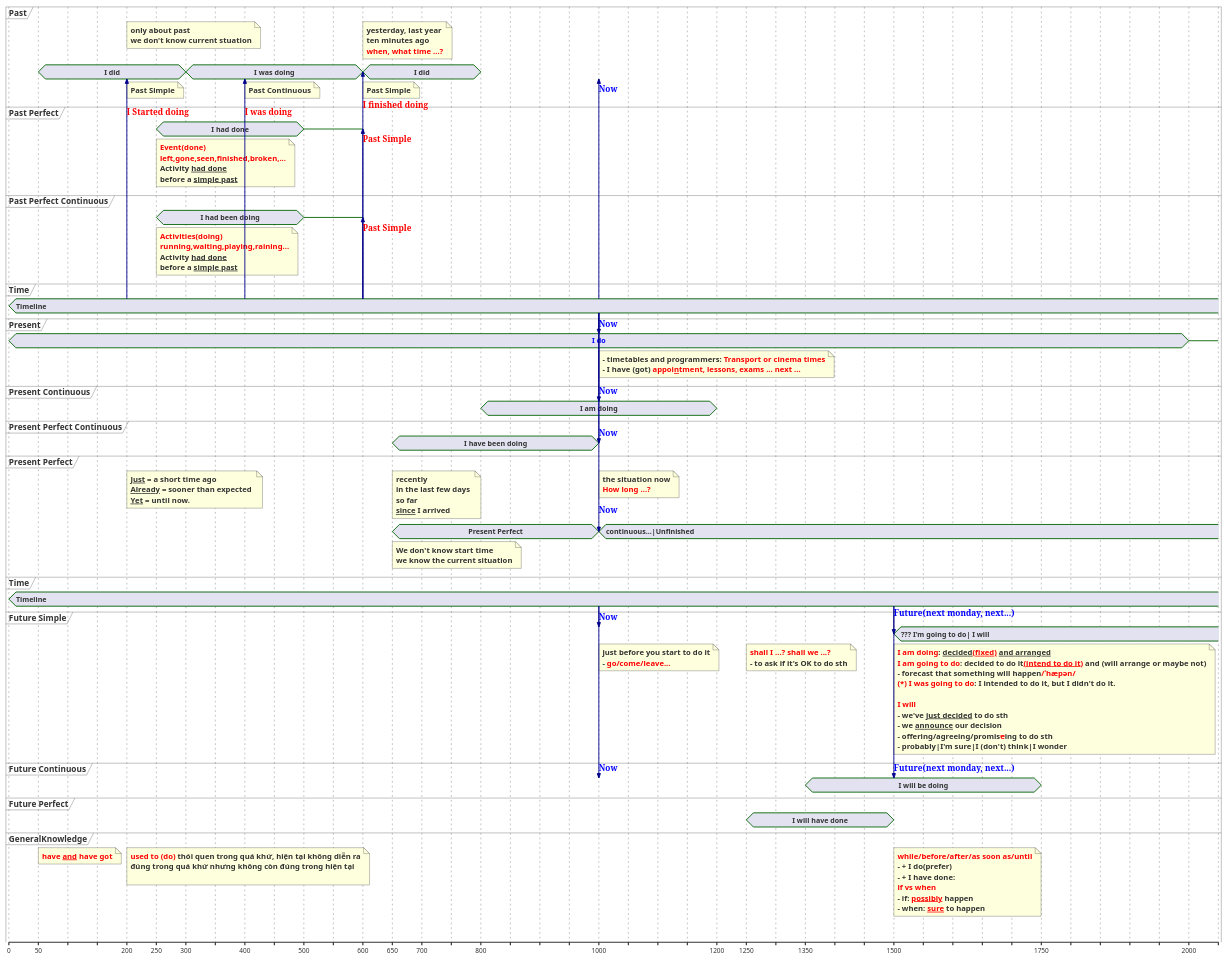
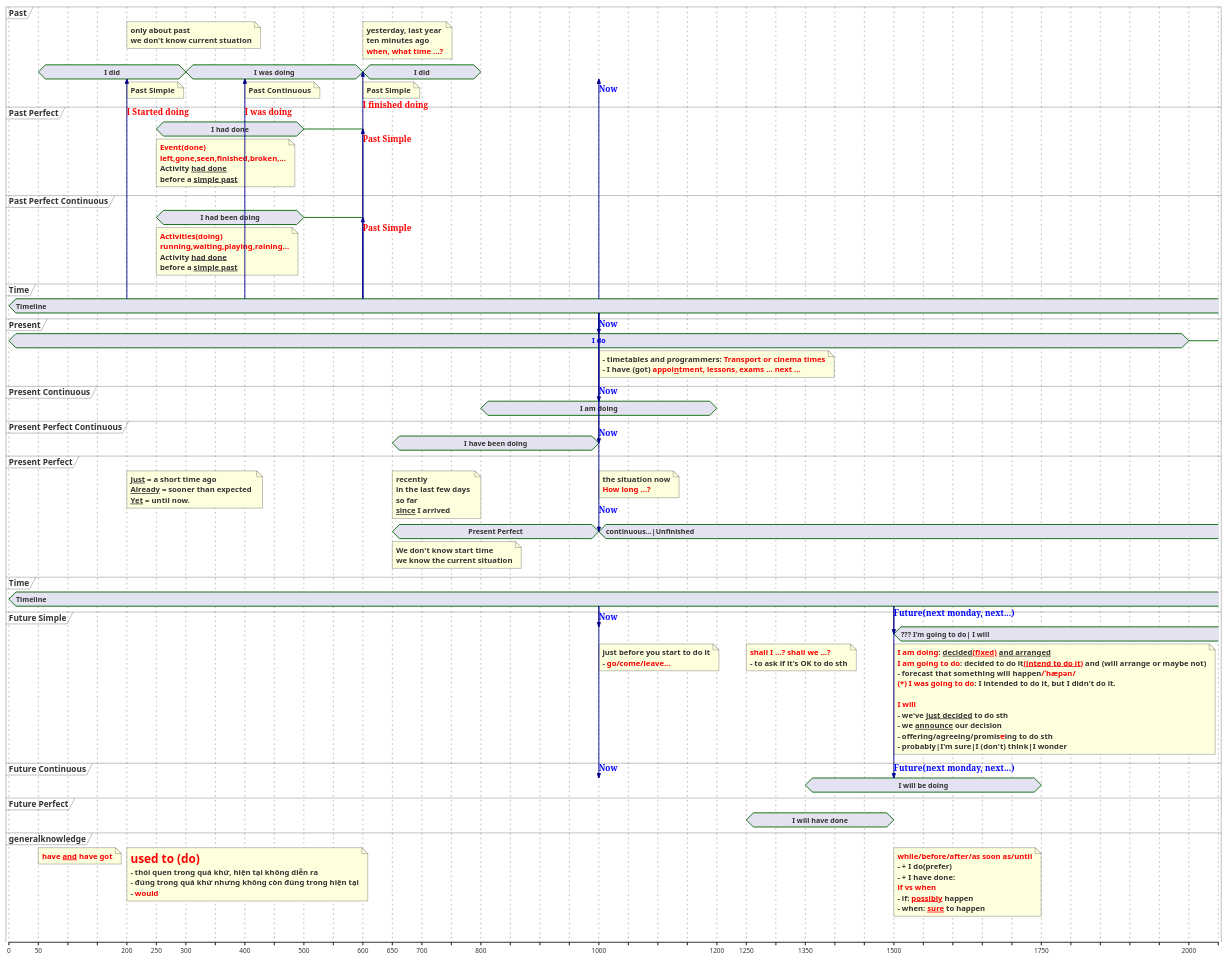
One commit to thanhnv2210/MyPlantuml changed the diagram in src/English/Grammar/Tenses_time_demonstrate.puml. Above: the diagram before and after it, drawn with PlantUML. The commit also changed 9 other files, not shown here.

```diff
--- a/src/English/Grammar/Tenses_time_demonstrate.puml
+++ b/src/English/Grammar/Tenses_time_demonstrate.puml
@@ -1,151 +1,156 @@
 @startuml
 'https://plantuml.com/sequence-diagram
 
 concise "Past" as P
 concise "Past Perfect" as PaP
 concise "Past Perfect Continuous" as PaPC
 concise "Time" as T
 concise "Present" as G
 concise "Present Continuous" as PC
 concise "Present Perfect Continuous" as PPC
 concise "Present Perfect" as PP
 concise "Time" as T2
 concise "Future Simple" as FS
 concise "Future Continuous" as FC
 concise "Future Perfect" as FP
 
-concise "GeneralKnowledge" as GK
+concise "generalknowledge" as GK
 
 
 @0
 T is Timeline
 T2 is Timeline
 G is "<color:blue>I do"
 
 @50
 P is "I did"
 note top of GK: <b><color:red>have __and__ have got</b>
 
 @200
 T -> P:\n\n<b><color:red>I Started doing
 note top of PP:__Just__ = a short time ago \n__Already__ = sooner than expected \n__Yet__ = until now.
 note top of P: only about past\nwe don't know current stuation
 note bottom of P: Past Simple
 
-note top of GK: <b><color:red>used to (do)</b> thói quen trong quá khứ, hiện tại không diễn ra\nđúng trong quá khứ nhưng không còn đúng trong hiện tại\n
+note top of GK
+<b><color:red><size:20>used to (do)
+- thói quen trong quá khứ, hiện tại không diễn ra
+- đúng trong quá khứ nhưng không còn đúng trong hiện tại
+- <b><color:red>would
+end note
 
 
 @250
 PaPC is "I had been doing"
 PaP is "I had done"
 note bottom of PaPC:<b><color:red>Activities(doing)\n<b><color:red>running,waiting,playing,raining...\nActivity __had done__\nbefore a __simple past__
 note bottom of PaP: <b><color:red>Event(done)\n<b><color:red>left,gone,seen,finished,broken,...\nActivity __had done__\nbefore a __simple past__
 
 @300
 'I_Was_Doing
 P is "I was doing"
 
 
 @400
 T -> P:\n\n<b><color:red>I was doing
 note bottom of P: Past Continuous
 
 
 @500
 'P is P_Simple
 PaP is {-}
 PaPC is {-}
 
 
 @600
 T -> P:\n\n<b><color:red>I finished doing
 T -> PaP:<b><color:red>Past Simple
 T -> PaPC:<b><color:red>Past Simple
 P is "I did"
 PaP is {hidden}
 PaPC is {hidden}
 note bottom of P: Past Simple
 note top of P:yesterday, last year\nten minutes ago\n<b><color:red>when, what time ...?
 
 @650
 note top of PP: recently \nin the last few days \nso far \n__since__ I arrived
 PP is "Present Perfect"
 PPC is "I have been doing"
 note bottom of PP: We don't know start time\nwe know the current situation
 
 @700
 
 
 @800
 P is {hidden}
 PC is "I am doing"
 
 
 
 @1000
 T -> P:<b><color:blue>Now
 T -> G:<b><color:blue>Now
 T -> PC:<b><color:blue>Now
 T -> PPC:<b><color:blue>Now
 T -> PP:<b><color:blue>Now\n
 T2 -> FS:<b><color:blue>Now
 T2 -> FC:<b><color:blue>Now
 'G is Present_Continuous
 PPC is {hidden}
 PP is "continuous...|Unfinished "
 note top of PP: the situation now\n<b><color:red>How long ...?
 
 note bottom of G:- timetables and programmers: <b><color:red>Transport or cinema times\n- I have (got) <b><color:red>appoi__n__tment, lessons, exams ... next ...
 
 note bottom of FS
 just before you start to do it
 - <b><color:red>go/come/leave...
 end note
 @1200
 PC is {hidden}
 
 @1250
 FP is "I will have done"
 
 note bottom of FS
 <b><color:red>shall I ...? shall we ...?
 - to ask if it's OK to do sth
 end note
 
 @1350
 FC is "I will be doing"
 
 @1500
 T2 -> FS:<b><color:blue>Future(next monday, next...)\n
 T2 -> FC:<b><color:blue>Future(next monday, next...)
 FS is "??? I'm going to do| I will"
 FP is {hidden}
 note bottom of FS
 <b><color:red>I am doing</b>: __decided<b><color:red>(fixed)</b> and arranged__
 <b><color:red>I am going to do</b>: decided to do it<b><color:red>__(intend to do it)__</b> and (will arrange or maybe not)
 - forecast that something will happen<b><color:red>/ˈhæpən/
 <b><color:red>(*) I was going to do</b>: I intended to do it, but I didn't do it.
 
 <b><color:red>I will</b>
 - we've __just decided__ to do sth
 - we __announce__ our decision
 - offering/agreeing/promis--<b><color:red>e</b>--ing to do sth
 - probably|I'm sure|I (don't) think|I wonder
 end note
 
 note top of GK
 <b><color:red>while/before/after/as soon as/until</b>
 - + I do(prefer)
 - + I have done:
 <b><color:red>if vs when
 - if: <color:red>__possibly__</color> happen
 - when: <color:red>__sure__</color> to happen
 end note
 
 @1750
 FC is {hidden}
 
 
 @2000
 G is {-}
 @enduml
```
